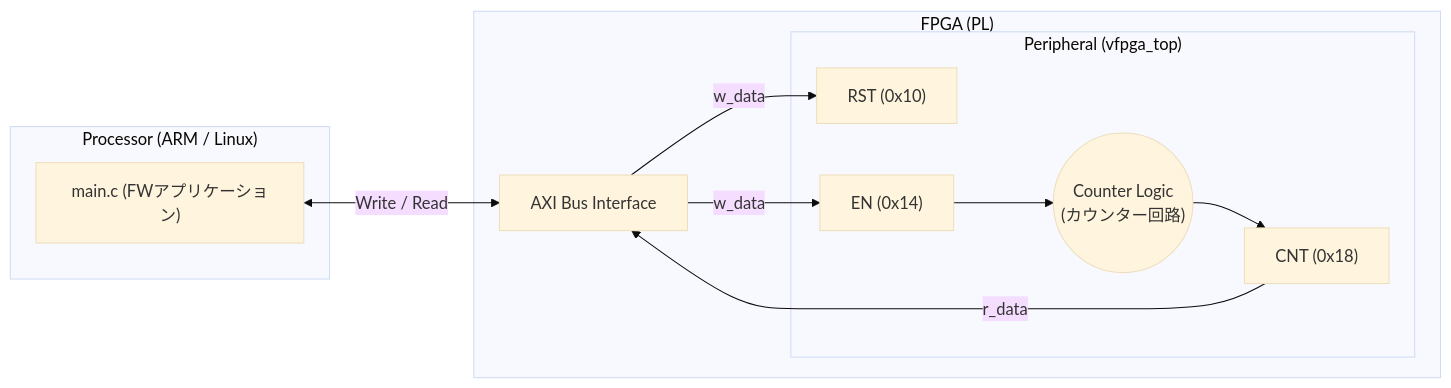
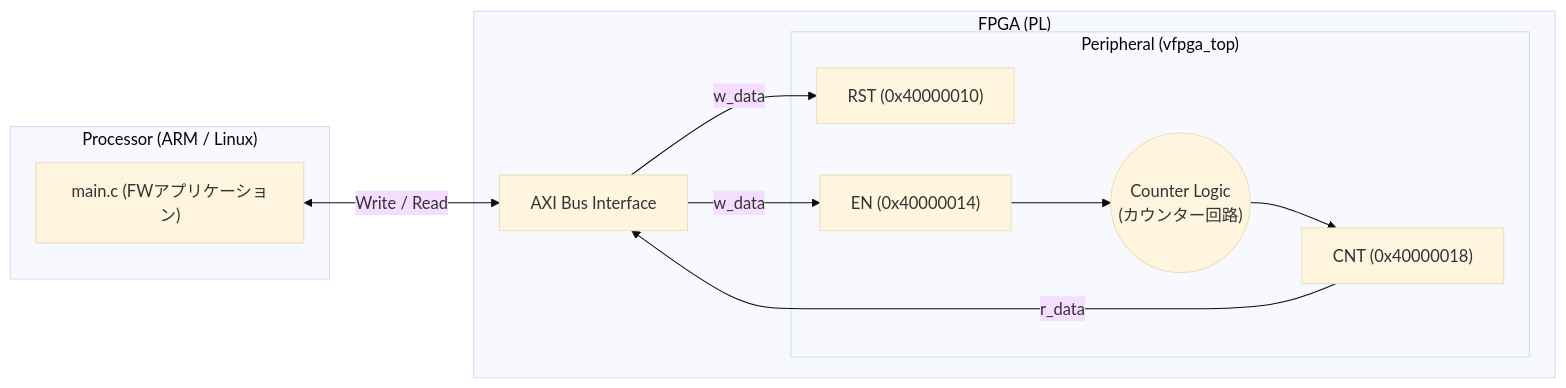
Before and after one commit to sirosiro/VirtualFPGALab: the diagram in tests/scenarios/01_standard_uio/README.md, drawn with Mermaid (base theme). The commit also changed other lines of this file and 6 other files, not shown here.

Commit message:
docs: synchronize architecture manifest and test scenarios with unified physical address space design

````diff
--- a/tests/scenarios/01_standard_uio/README.md
+++ b/tests/scenarios/01_standard_uio/README.md
@@ -7,23 +7,23 @@
 ```mermaid
 graph LR
     subgraph "Processor (ARM / Linux)"
         App["main.c (FWアプリケーション)"]
     end
     
     subgraph "FPGA (PL)"
         AXI["AXI Bus Interface"]
         subgraph "Peripheral (vfpga_top)"
-            RST["RST (0x10)"]
-            EN["EN (0x14)"]
-            CNT["CNT (0x18)"]
+            RST["RST (0x40000010)"]
+            EN["EN (0x40000014)"]
+            CNT["CNT (0x40000018)"]
             CounterLogic(("Counter Logic\n(カウンター回路)"))
         end
     end
     
     App -- "Write / Read" <--> AXI
     AXI -- "w_data" --> RST
     AXI -- "w_data" --> EN
     EN --> CounterLogic
     CounterLogic --> CNT
     CNT -- "r_data" --> AXI
 ```
````
